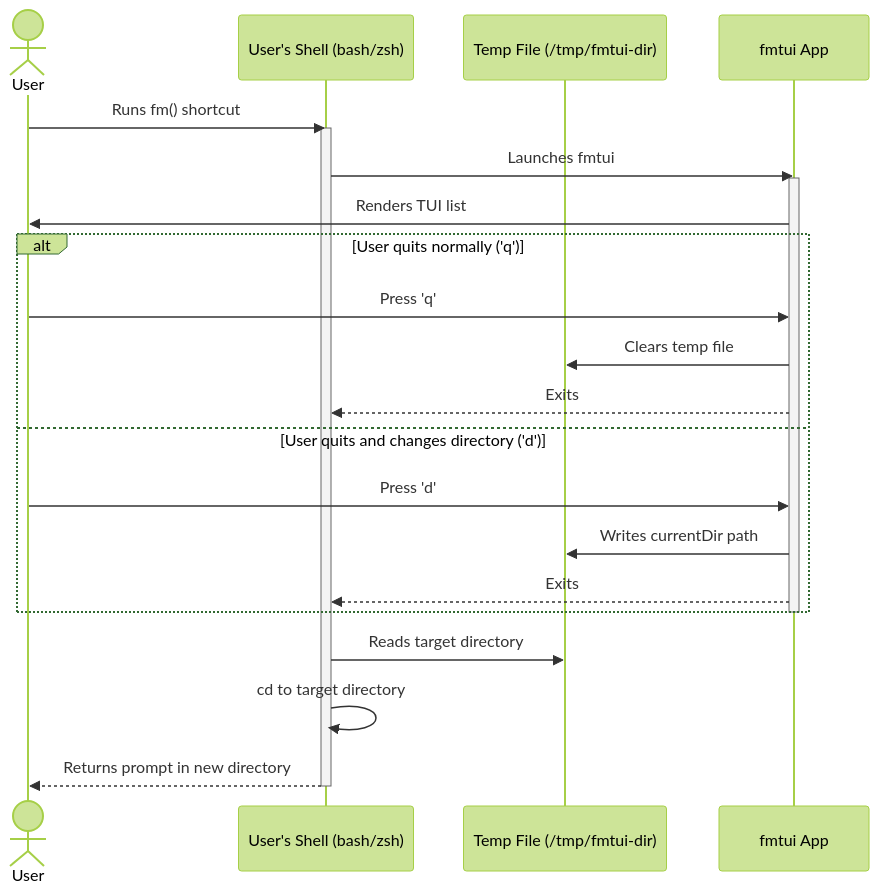
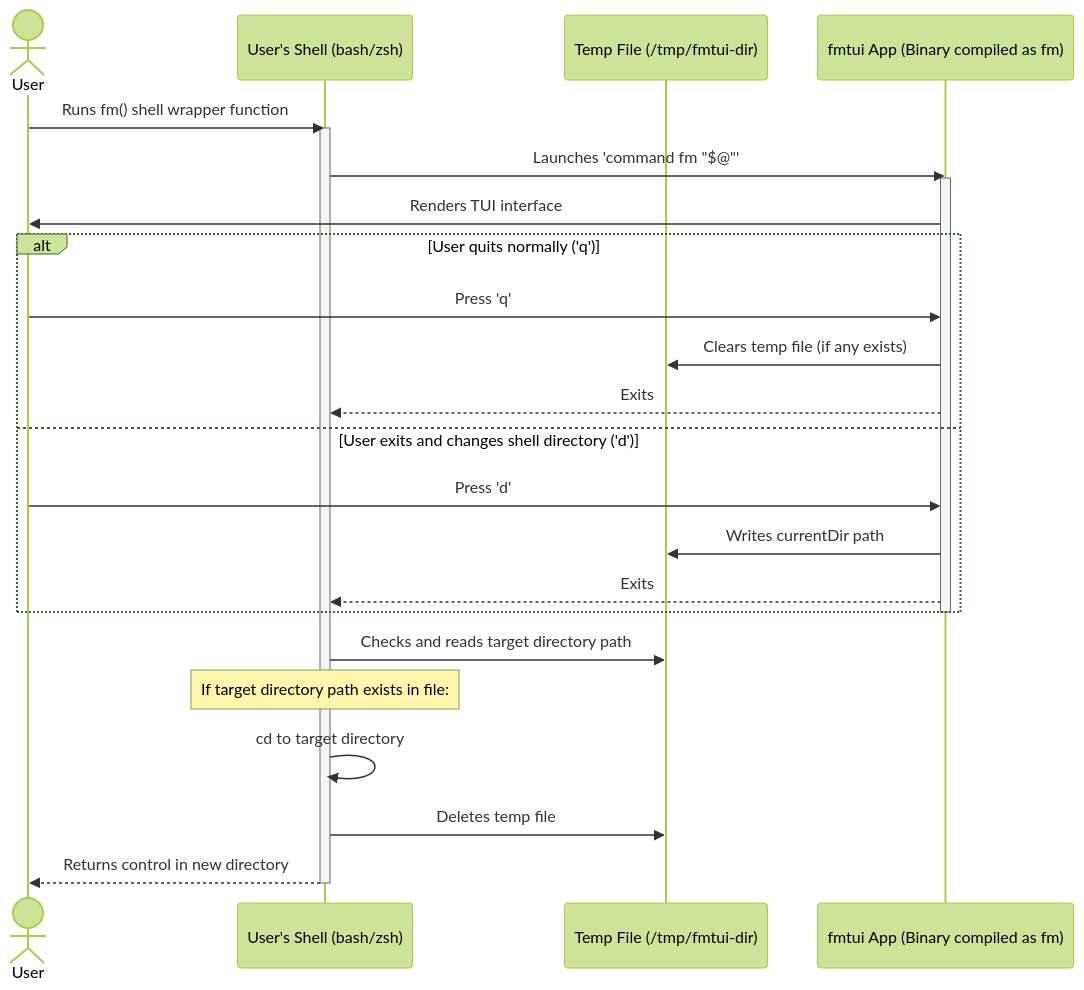
The third of 3 diagrams in .gemini/architecture_diagrams.md (chaiyut-kun/PoC-fmtui), drawn with Mermaid (forest theme) before and after one commit. The commit also changed other lines of this file and 3 other files, not shown here.

Commit message:
docs: update architecture & diagrams

````diff
--- a/.gemini/architecture_diagrams.md
+++ b/.gemini/architecture_diagrams.md
@@ -80,29 +74,31 @@
 ```mermaid
 sequenceDiagram
     actor User
     participant Shell as User's Shell (bash/zsh)
     participant HandoffFile as Temp File (/tmp/fmtui-dir)
-    participant App as fmtui App
+    participant App as fmtui App (Binary compiled as fm)
 
-    User->>Shell: Runs fm() shortcut
+    User->>Shell: Runs fm() shell wrapper function
     activate Shell
-    Shell->>App: Launches fmtui
+    Shell->>App: Launches 'command fm "$@"'
     activate App
-    App->>User: Renders TUI list
-
+    App->>User: Renders TUI interface
+    
     alt User quits normally ('q')
         User->>App: Press 'q'
-        App->>HandoffFile: Clears temp file
+        App->>HandoffFile: Clears temp file (if any exists)
         App-->>Shell: Exits
-    else User quits and changes directory ('d')
+    else User exits and changes shell directory ('d')
         User->>App: Press 'd'
         App->>HandoffFile: Writes currentDir path
         App-->>Shell: Exits
     end
     deactivate App
 
-    Shell->>HandoffFile: Reads target directory
+    Shell->>HandoffFile: Checks and reads target directory path
+    Note over Shell: If target directory path exists in file:
     Shell->>Shell: cd to target directory
-    Shell-->>User: Returns prompt in new directory
+    Shell->>HandoffFile: Deletes temp file
+    Shell-->>User: Returns control in new directory
     deactivate Shell
 ```
````
